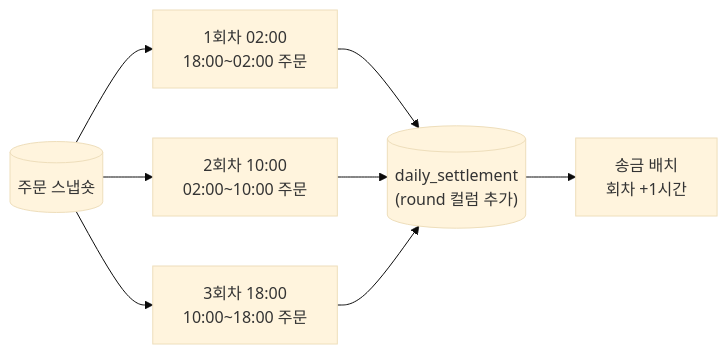
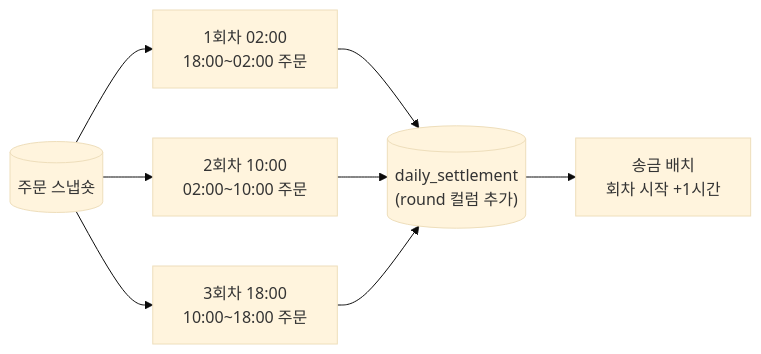
Before and after one commit to nyjin/skills: the diagram in skills/tech-writer/references/exemplars/design-adr.md, drawn with Mermaid (base theme). The commit also changed other lines of this file and 8 other files, not shown here.

````diff
--- a/skills/tech-writer/references/exemplars/design-adr.md
+++ b/skills/tech-writer/references/exemplars/design-adr.md
@@ -58,10 +58,10 @@
 ```mermaid
 flowchart LR
   snap[("주문 스냅숏")] --> r1["1회차 02:00<br/>18:00~02:00 주문"]
   snap --> r2["2회차 10:00<br/>02:00~10:00 주문"]
   snap --> r3["3회차 18:00<br/>10:00~18:00 주문"]
   r1 --> ds[("daily_settlement<br/>(round 컬럼 추가)")]
   r2 --> ds
   r3 --> ds
-  ds --> payout["송금 배치<br/>회차 +1시간"]
+  ds --> payout["송금 배치<br/>회차 시작 +1시간"]
 ```
````
